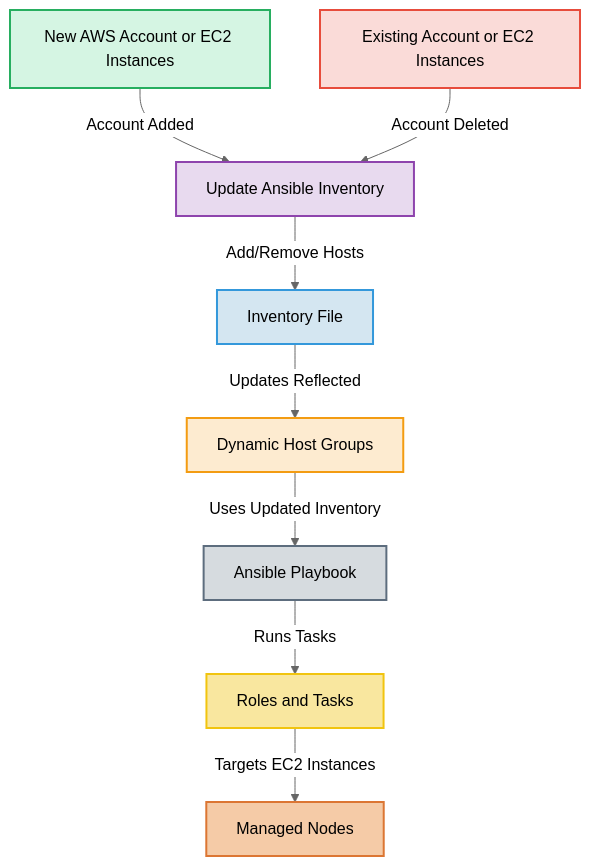
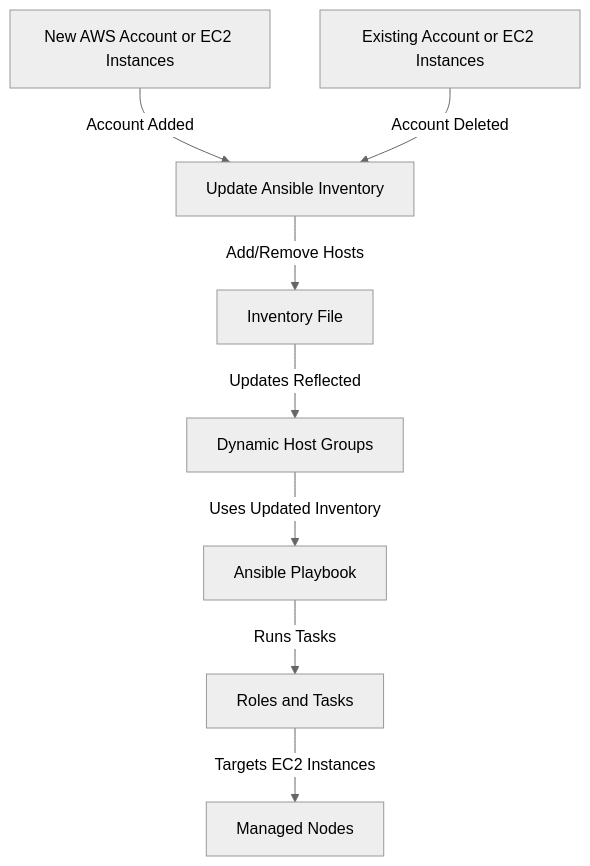
The third of 5 diagrams in README.md (sendtoshailesh/aws-ansible-sh), drawn with Mermaid (neutral theme) before and after one commit.

````diff
--- a/README.md
+++ b/README.md
@@ -82,21 +82,12 @@
 ```mermaid
 graph TD
   A[New AWS Account or EC2 Instances] -->|Account Added| B[Update Ansible Inventory]
   C[Existing Account or EC2 Instances] -->|Account Deleted| B
   B -->|Add/Remove Hosts| D[Inventory File]
   D -->|Updates Reflected| E[Dynamic Host Groups]
   E -->|Uses Updated Inventory| F[Ansible Playbook]
   F -->|Runs Tasks| G[Roles and Tasks]
   G -->|Targets EC2 Instances| H[Managed Nodes]
 
-  %% Labels for clarity
-  style A fill:#D5F5E3,stroke:#27AE60,stroke-width:2px
-  style C fill:#FADBD8,stroke:#E74C3C,stroke-width:2px
-  style B fill:#E8DAEF,stroke:#8E44AD,stroke-width:2px
-  style D fill:#D4E6F1,stroke:#3498DB,stroke-width:2px
-  style E fill:#FDEBD0,stroke:#F39C12,stroke-width:2px
-  style F fill:#D6DBDF,stroke:#5D6D7E,stroke-width:2px
-  style G fill:#F9E79F,stroke:#F1C40F,stroke-width:2px
-  style H fill:#F5CBA7,stroke:#DC7633,stroke-width:2px
-
+ 
 ```
````
